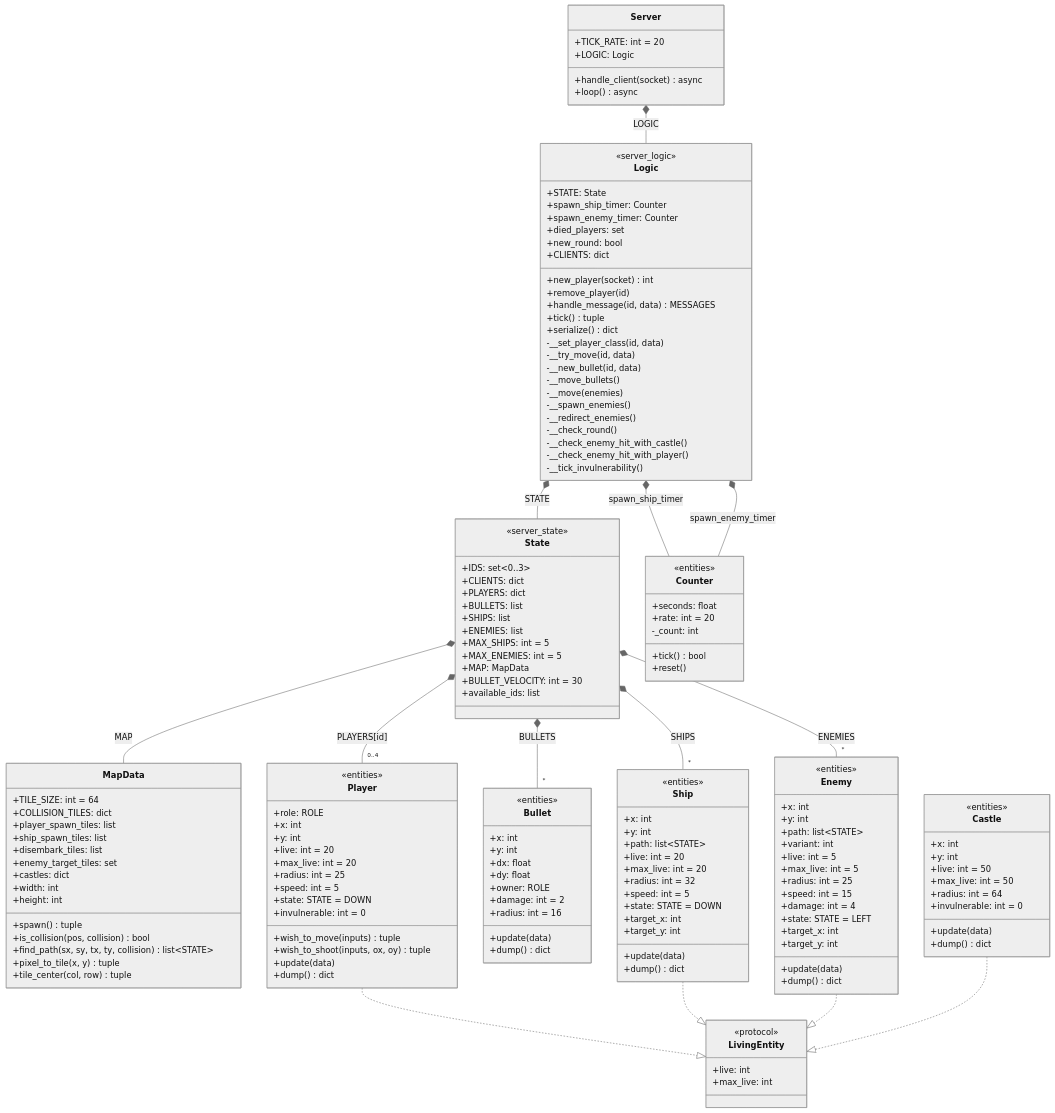
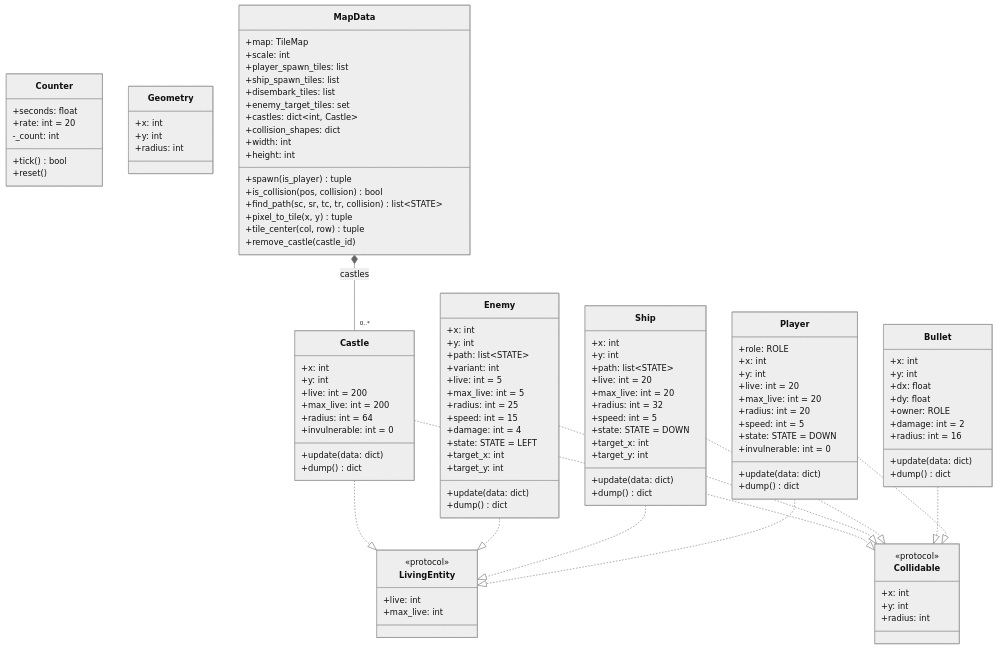
Before and after one commit to Aouei/pygame_multi: the second of 5 diagrams in docs/diagramas/clases.md, drawn with Mermaid (neutral theme). The commit also changed other lines of this file and 3 other files, not shown here.

````diff
--- a/docs/diagramas/clases.md
+++ b/docs/diagramas/clases.md
@@ -59,90 +66,21 @@
 classDiagram
     direction TB
 
-    class Server {
-        +TICK_RATE: int = 20
-        +LOGIC: Logic
-        +handle_client(socket) async
-        +loop() async
-    }
-
-    class Logic {
-        <<server_logic>>
-        +STATE: State
-        +spawn_ship_timer: Counter
-        +spawn_enemy_timer: Counter
-        +died_players: set
-        +new_round: bool
-        +CLIENTS: dict
-        +new_player(socket) int
-        +remove_player(id)
-        +handle_message(id, data) MESSAGES
-        +tick() tuple
-        +serialize() dict
-        -__set_player_class(id, data)
-        -__try_move(id, data)
-        -__new_bullet(id, data)
-        -__move_bullets()
-        -__move(enemies)
-        -__spawn_enemies()
-        -__redirect_enemies()
-        -__check_round()
-        -__check_enemy_hit_with_castle()
-        -__check_enemy_hit_with_player()
-        -__tick_invulnerability()
-    }
-
-    class State {
-        <<server_state>>
-        +IDS: set~0..3~
-        +CLIENTS: dict
-        +PLAYERS: dict
-        +BULLETS: list
-        +SHIPS: list
-        +ENEMIES: list
-        +MAX_SHIPS: int = 5
-        +MAX_ENEMIES: int = 5
-        +MAP: MapData
-        +BULLET_VELOCITY: int = 30
-        +available_ids: list
-    }
-
-    class MapData {
-        +TILE_SIZE: int = 64
-        +COLLISION_TILES: dict
-        +player_spawn_tiles: list
-        +ship_spawn_tiles: list
-        +disembark_tiles: list
-        +enemy_target_tiles: set
-        +castles: dict
-        +width: int
-        +height: int
-        +spawn() tuple
-        +is_collision(pos, collision) bool
-        +find_path(sx, sy, tx, ty, collision) list~STATE~
-        +pixel_to_tile(x, y) tuple
-        +tile_center(col, row) tuple
-    }
-
     class Player {
-        <<entities>>
         +role: ROLE
         +x: int
         +y: int
         +live: int = 20
         +max_live: int = 20
-        +radius: int = 25
+        +radius: int = 20
         +speed: int = 5
         +state: STATE = DOWN
         +invulnerable: int = 0
-        +wish_to_move(inputs) tuple
-        +wish_to_shoot(inputs, ox, oy) tuple
-        +update(data)
+        +update(data: dict)
         +dump() dict
     }
 
     class Bullet {
-        <<entities>>
         +x: int
         +y: int
         +dx: float
@@ -150,12 +88,11 @@
         +owner: ROLE
         +damage: int = 2
         +radius: int = 16
-        +update(data)
+        +update(data: dict)
         +dump() dict
     }
 
     class Ship {
-        <<entities>>
         +x: int
         +y: int
         +path: list~STATE~
@@ -166,12 +103,11 @@
         +state: STATE = DOWN
         +target_x: int
         +target_y: int
-        +update(data)
+        +update(data: dict)
         +dump() dict
     }
 
     class Enemy {
-        <<entities>>
         +x: int
         +y: int
         +path: list~STATE~
@@ -184,29 +120,33 @@
         +state: STATE = LEFT
         +target_x: int
         +target_y: int
-        +update(data)
+        +update(data: dict)
         +dump() dict
     }
 
     class Castle {
-        <<entities>>
         +x: int
         +y: int
-        +live: int = 50
-        +max_live: int = 50
+        +live: int = 200
+        +max_live: int = 200
         +radius: int = 64
         +invulnerable: int = 0
-        +update(data)
+        +update(data: dict)
         +dump() dict
     }
 
     class Counter {
-        <<entities>>
         +seconds: float
         +rate: int = 20
         -_count: int
         +tick() bool
         +reset()
+    }
+
+    class Geometry {
+        +x: int
+        +y: int
+        +radius: int
     }
 
     class LivingEntity {
@@ -215,17 +155,40 @@
         +max_live: int
     }
 
-    Server *-- Logic : LOGIC
-    Logic *-- State : STATE
-    Logic *-- Counter : spawn_ship_timer
-    Logic *-- Counter : spawn_enemy_timer
-    State *-- MapData : MAP
-    State *-- "0..4" Player : PLAYERS[id]
-    State *-- "*" Bullet : BULLETS
-    State *-- "*" Ship : SHIPS
-    State *-- "*" Enemy : ENEMIES
+    class Collidable {
+        <<protocol>>
+        +x: int
+        +y: int
+        +radius: int
+    }
+
+    class MapData {
+        +map: TileMap
+        +scale: int
+        +player_spawn_tiles: list
+        +ship_spawn_tiles: list
+        +disembark_tiles: list
+        +enemy_target_tiles: set
+        +castles: dict~int, Castle~
+        +collision_shapes: dict
+        +width: int
+        +height: int
+        +spawn(is_player) tuple
+        +is_collision(pos, collision) bool
+        +find_path(sc, sr, tc, tr, collision) list~STATE~
+        +pixel_to_tile(x, y) tuple
+        +tile_center(col, row) tuple
+        +remove_castle(castle_id)
+    }
+
     Player ..|> LivingEntity
     Ship ..|> LivingEntity
     Enemy ..|> LivingEntity
     Castle ..|> LivingEntity
+    Player ..|> Collidable
+    Bullet ..|> Collidable
+    Ship ..|> Collidable
+    Enemy ..|> Collidable
+    Castle ..|> Collidable
+    MapData *-- "0..*" Castle : castles
 ```
````
